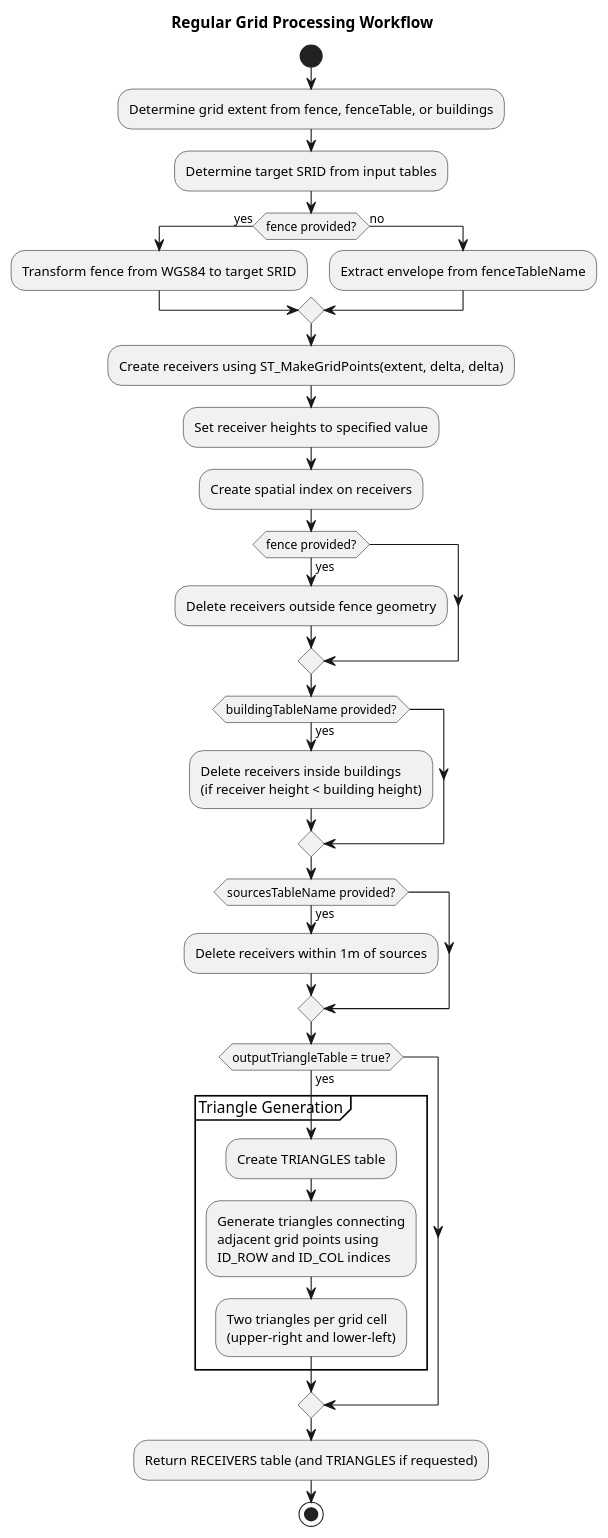
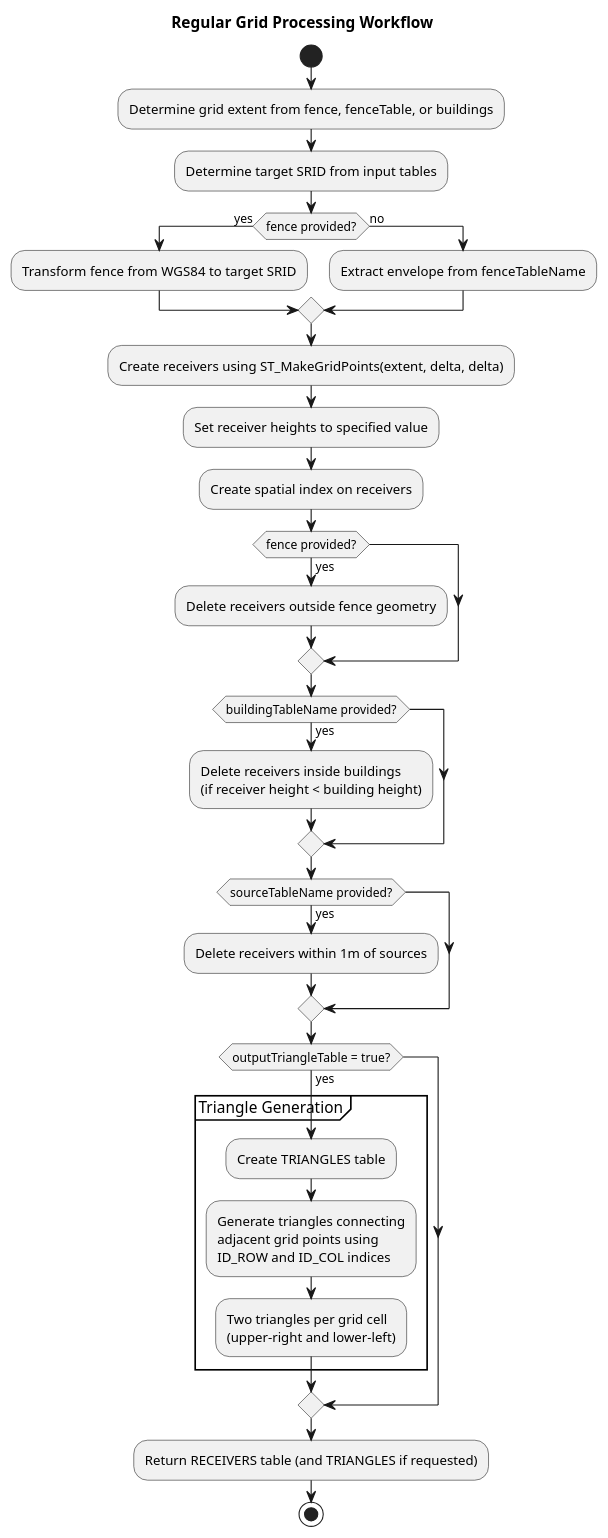
One commit to jtagusari/NoiseModelling changed the fourth of 5 diagrams in Docs-dev/receiver_generation_algorithms.md. Above: the diagram before and after it, drawn with PlantUML. The commit also changed other lines of this file and 50 other files, not shown here.

````diff
--- a/Docs-dev/receiver_generation_algorithms.md
+++ b/Docs-dev/receiver_generation_algorithms.md
@@ -763,54 +763,54 @@
 ```plantuml
 @startuml
 title Regular Grid Processing Workflow
 
 start
 
 :Determine grid extent from fence, fenceTable, or buildings;
 
 :Determine target SRID from input tables;
 
 if (fence provided?) then (yes)
   :Transform fence from WGS84 to target SRID;
 else (no)
   :Extract envelope from fenceTableName;
 endif
 
 :Create receivers using ST_MakeGridPoints(extent, delta, delta);
 
 :Set receiver heights to specified value;
 
 :Create spatial index on receivers;
 
 if (fence provided?) then (yes)
   :Delete receivers outside fence geometry;
 endif
 
 if (buildingTableName provided?) then (yes)
   :Delete receivers inside buildings
   (if receiver height < building height);
 endif
 
-if (sourcesTableName provided?) then (yes)
+if (sourceTableName provided?) then (yes)
   :Delete receivers within 1m of sources;
 endif
 
 if (outputTriangleTable = true?) then (yes)
   partition "Triangle Generation" {
     :Create TRIANGLES table;
     
     :Generate triangles connecting
     adjacent grid points using
     ID_ROW and ID_COL indices;
     
     :Two triangles per grid cell
     (upper-right and lower-left);
   }
 endif
 
 :Return RECEIVERS table (and TRIANGLES if requested);
 
 stop
 
 @enduml
 ```
````
